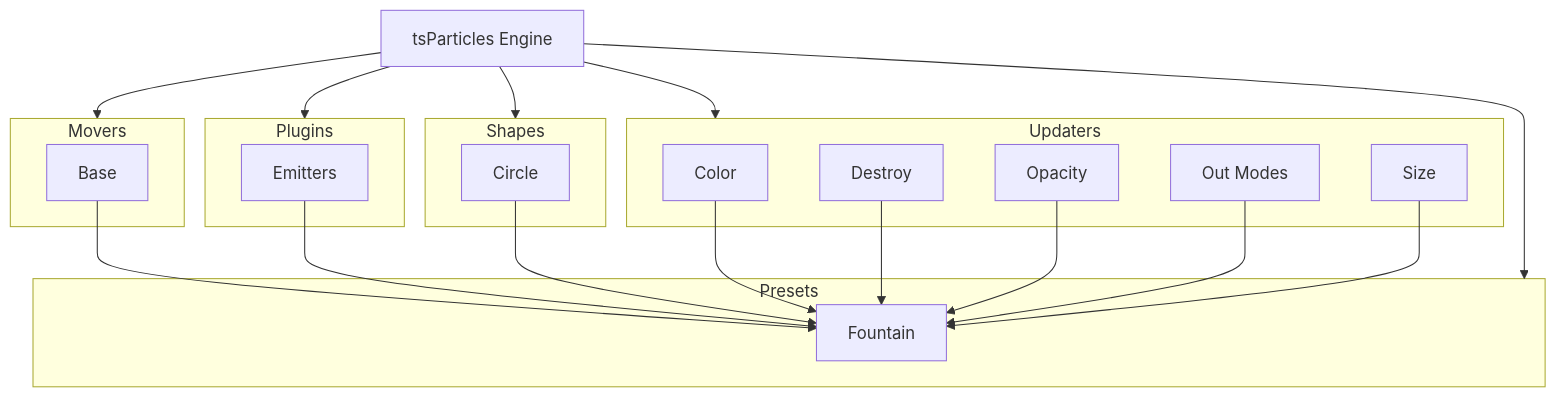
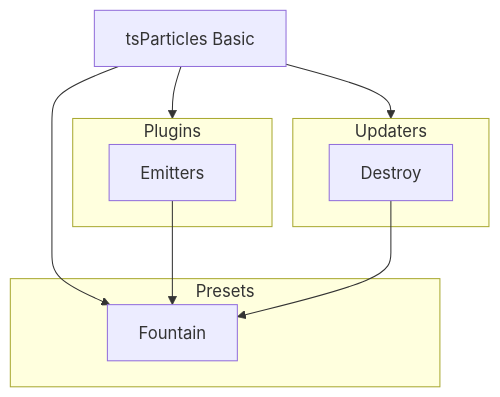
One commit to tsparticles/presets changed the diagram in presets/fountain/README.md. Above: the diagram before and after it, drawn with Mermaid. The commit also changed 35 other files, not shown here.

Commit message:
feat: added squares preset build: updated all mermaid charts

````diff
--- a/presets/fountain/README.md
+++ b/presets/fountain/README.md
@@ -167,39 +167,21 @@
 ```mermaid
 flowchart TD
-
-subgraph m [Movers]
-mb[Base]
-end
-
-e[tsParticles Engine] --> m
 
 subgraph pl [Plugins]
 ple[Emitters]
 end
 
-e --> pl
+bb[tsParticles Basic] --> pl
 
-subgraph s [Shapes]
-sc[Circle]
+subgraph u [Updaters]
+ud[Destroy]
 end
 
-e --> s
-
-subgraph u [Updaters]
-uc[Color]
-ud[Destroy]
-uop[Opacity]
-uou[Out Modes]
-usi[Size]
-end
-
-e --> u
+bb --> u
 
 subgraph pr [Presets]
 prfo[Fountain]
 end
 
-e --> pr
-
-mb & ple & sc & uc & ud & uop & uou & usi --> prfo
+bb & ple & ud --> prfo
 ```
````
